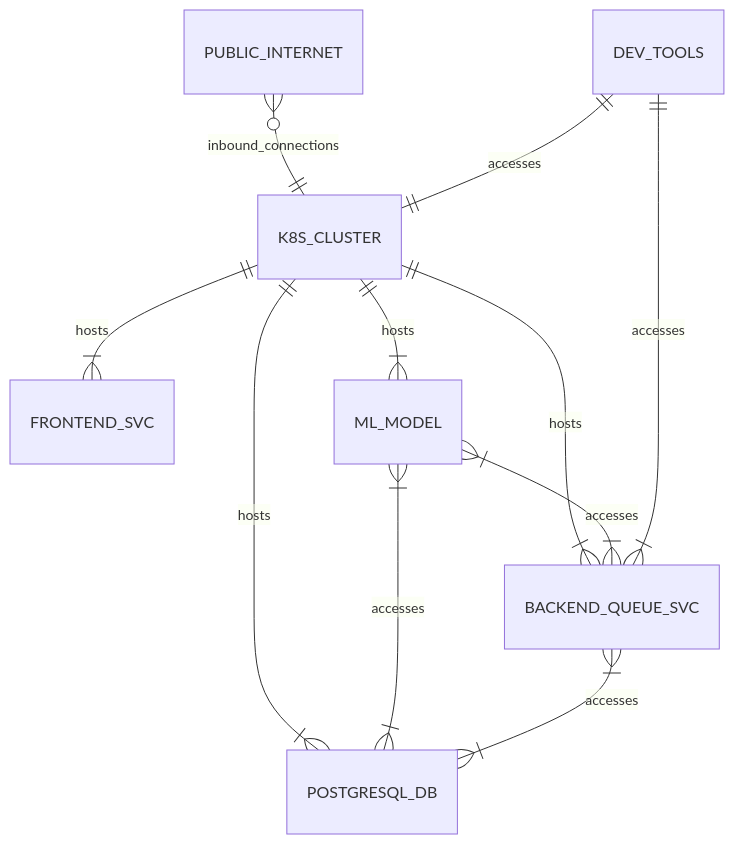
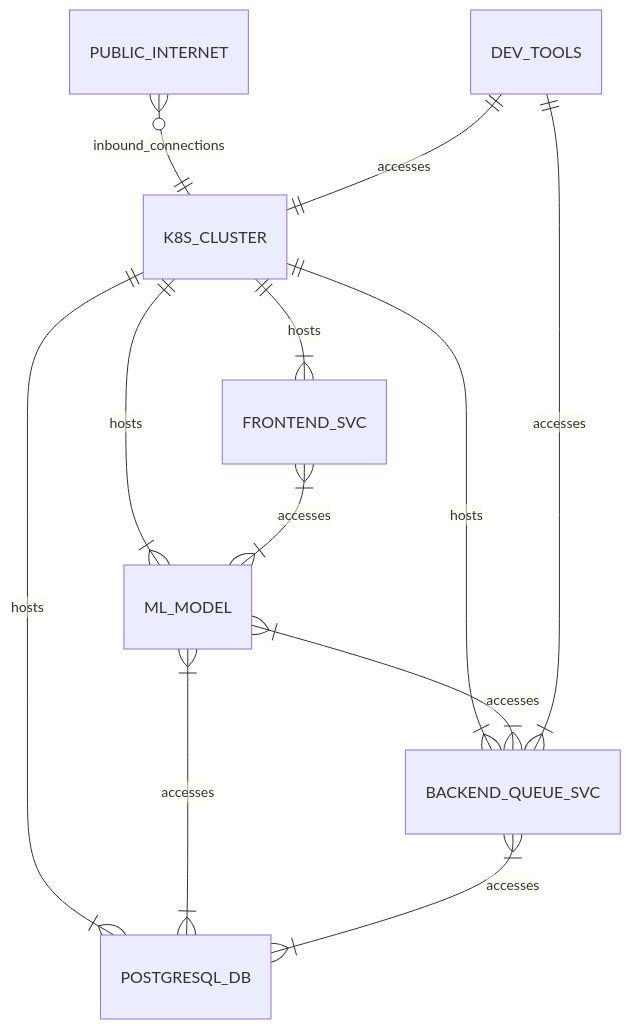
One commit to mxava/mcbroken-ml changed the first of 3 diagrams in architecture.md. Above: the diagram before and after it, drawn with Mermaid.

````diff
--- a/architecture.md
+++ b/architecture.md
@@ -7,13 +7,14 @@
 ```mermaid
 erDiagram
     PUBLIC_INTERNET }o--|| K8S_CLUSTER : inbound_connections
     K8S_CLUSTER ||--|{ FRONTEND_SVC : hosts
     K8S_CLUSTER ||--|{ ML_MODEL : hosts
     K8S_CLUSTER ||--|{ BACKEND_QUEUE_SVC : hosts
     K8S_CLUSTER ||--|{ POSTGRESQL_DB : hosts
+    FRONTEND_SVC }|--|{ ML_MODEL : accesses
     ML_MODEL }|--|{ POSTGRESQL_DB : accesses
     ML_MODEL }|--|{ BACKEND_QUEUE_SVC : accesses
     BACKEND_QUEUE_SVC }|--|{ POSTGRESQL_DB : accesses
     DEV_TOOLS ||--|{ BACKEND_QUEUE_SVC : accesses
     DEV_TOOLS ||--|| K8S_CLUSTER : accesses
 ```
````
